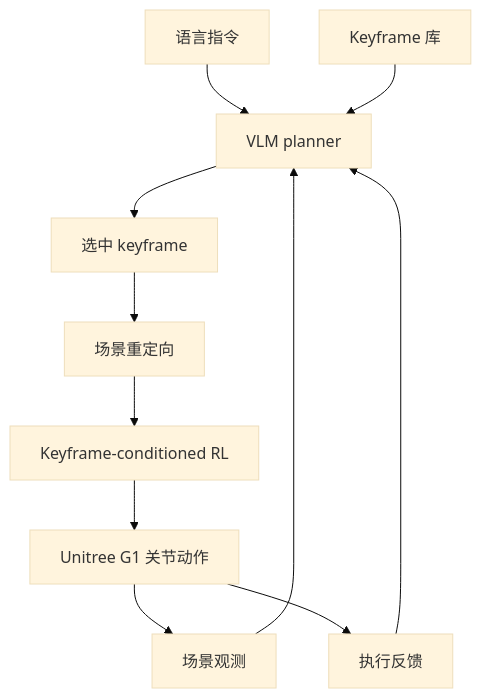
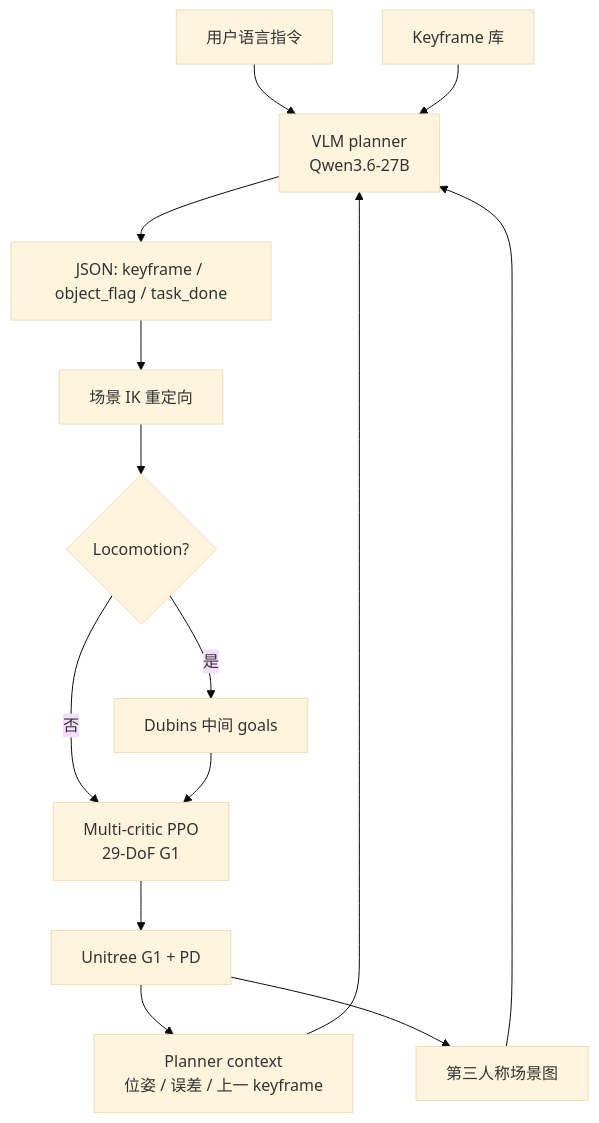
One commit to ImChong/Robotics_Notebooks changed the diagram in wiki/entities/paper-kino.md. Above: the diagram before and after it, drawn with Mermaid (base theme). The commit also changed other lines of this file and 13 other files, not shown here.

````diff
--- a/wiki/entities/paper-kino.md
+++ b/wiki/entities/paper-kino.md
@@ -72,13 +75,16 @@
 ```mermaid
 flowchart TB
-  lang[语言指令] --> vlm[VLM planner]
-  obs[场景观测] --> vlm
-  fb[执行反馈] --> vlm
+  user[用户语言指令] --> vlm[VLM planner\nQwen3.6-27B]
+  img[第三人称场景图] --> vlm
+  ctx[Planner context\n位姿 / 误差 / 上一 keyframe] --> vlm
   lib[Keyframe 库] --> vlm
-  vlm --> kf[选中 keyframe]
-  kf --> ret[场景重定向]
-  ret --> pol[Keyframe-conditioned RL]
-  pol --> g1[Unitree G1 关节动作]
-  g1 --> obs
-  g1 --> fb
+  vlm --> json["JSON: keyframe / object_flag / task_done"]
+  json --> ret[场景 IK 重定向]
+  ret --> path{Locomotion?}
+  path -->|是| dubins[Dubins 中间 goals]
+  path -->|否| pol
+  dubins --> pol[Multi-critic PPO\n29-DoF G1]
+  pol --> g1[Unitree G1 + PD]
+  g1 --> ctx
+  g1 --> img
 ```
````
